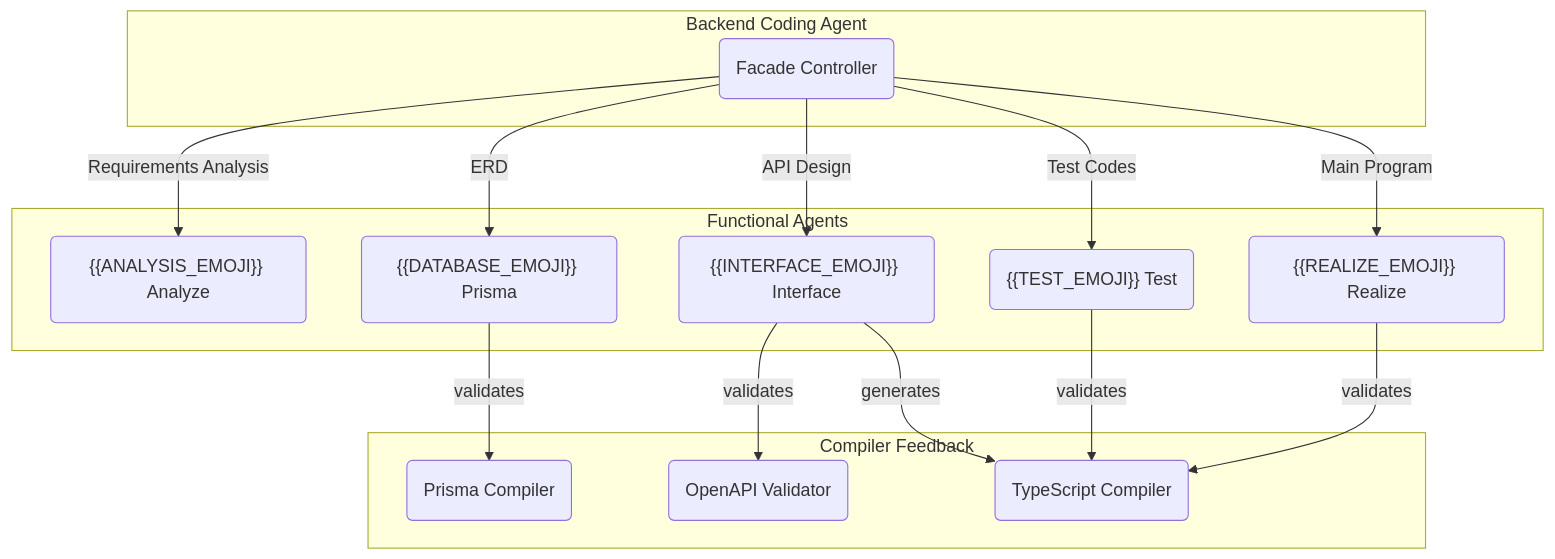
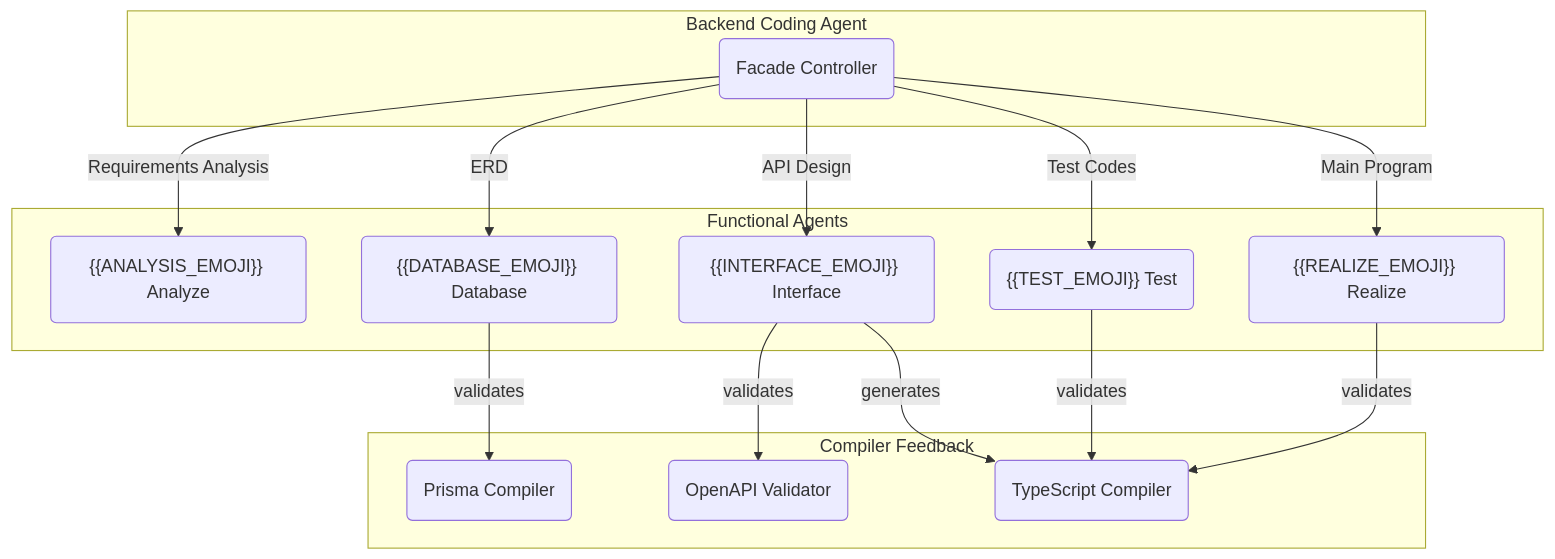
The diagram in internals/template/common/README.md (wrtnlabs/autobe), drawn with Mermaid before and after one commit. The commit also changed other lines of this file and 9 other files, not shown here.

````diff
--- a/internals/template/common/README.md
+++ b/internals/template/common/README.md
@@ -14,20 +14,20 @@
 ```mermaid
 flowchart
 subgraph "Backend Coding Agent"
   coder("Facade Controller")
 end
 subgraph "Functional Agents"
   coder --"Requirements Analysis"--> analyze("{{ANALYSIS_EMOJI}} Analyze")
-  coder --"ERD"--> prisma("{{DATABASE_EMOJI}} Prisma")
+  coder --"ERD"--> database("{{DATABASE_EMOJI}} Database")
   coder --"API Design"--> interface("{{INTERFACE_EMOJI}} Interface")
   coder --"Test Codes" --> test("{{TEST_EMOJI}} Test")
   coder --"Main Program" --> realize("{{REALIZE_EMOJI}} Realize")
 end
 subgraph "Compiler Feedback"
-  prisma --"validates" --> prismaCompiler("Prisma Compiler")
+  database --"validates" --> prismaCompiler("Prisma Compiler")
   interface --"validates" --> openapiValidator("OpenAPI Validator")
   interface --"generates" --> tsCompiler("TypeScript Compiler")
   test --"validates" --> tsCompiler("TypeScript Compiler")
   realize --"validates" --> tsCompiler("TypeScript Compiler")
 end
 ```
````
